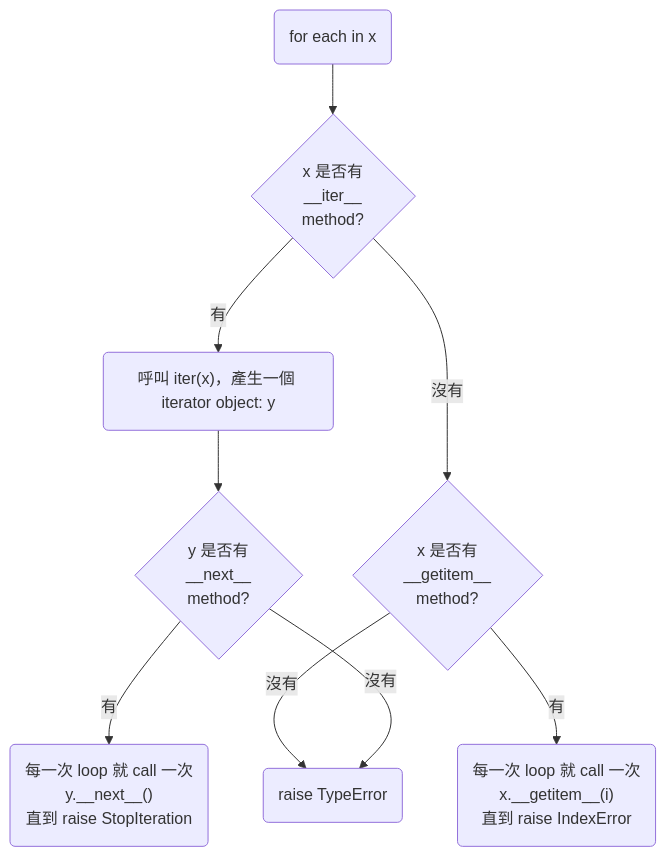
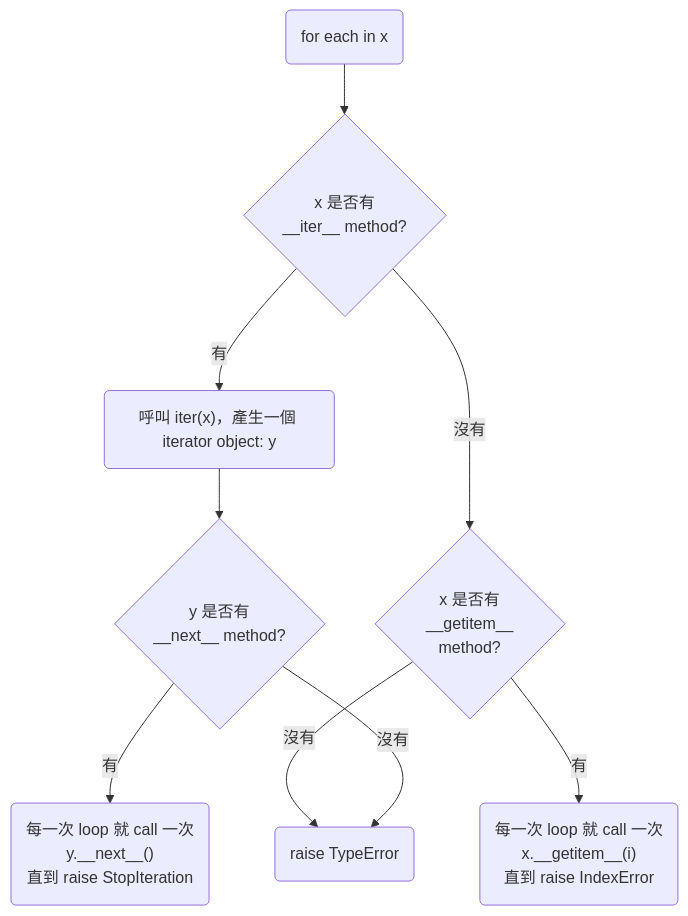
The diagram in Programming Language/Python/for Loop in Python.md (bingyangchen/KM-software), drawn with Mermaid before and after one commit. The commit also changed 32 other files, not shown here.

````diff
--- a/Programming Language/Python/for Loop in Python.md
+++ b/Programming Language/Python/for Loop in Python.md
@@ -4,19 +4,19 @@
 ```mermaid
 flowchart TD
     id1(for each in x)
-    id2{x 是否有\n__iter__\nmethod?}
+    id2{x 是否有<br/>__iter__ method?}
     id3("呼叫 iter(x)，產生一個 iterator object: y")
-    id4{x 是否有\n__getitem__\nmethod?}
-    id5{y 是否有\n__next__\nmethod?}
-    id6("每一次 loop 就 call 一次\ny.__next__()\n直到 raise StopIteration")
-    id7("每一次 loop 就 call 一次\nx.__getitem__(i)\n直到 raise IndexError")
+    id4{x 是否有<br/>__getitem__<br/>method?}
+    id5{y 是否有<br/>__next__ method?}
+    id6("每一次 loop 就 call 一次<br/>y.__next__()<br/>直到 raise StopIteration")
+    id7("每一次 loop 就 call 一次<br/>x.__getitem__(i)<br/>直到 raise IndexError")
     id8(raise TypeError)
     id1 --> id2
     id2 --有--> id3
     id2 --沒有--> id4
     id3 --> id5
     id4 --有--> id7
     id4 --沒有--> id8
     id5 --有--> id6
     id5 --沒有--> id8
 ```
````
